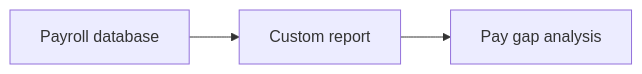
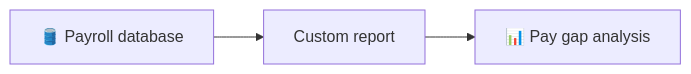
Before and after one commit to pasunboneleve/gcp-rust-blog-public: the third of 5 diagrams in content/posts/2026-03-13-impossible-requests-missing-capabilities.md, drawn with Mermaid. The commit also changed other lines of this file, not shown here.

````diff
--- a/content/posts/2026-03-13-impossible-requests-missing-capabilities.md
+++ b/content/posts/2026-03-13-impossible-requests-missing-capabilities.md
@@ -64,8 +64,8 @@
 ```mermaid
 flowchart LR
-    payroll[Payroll database]
+    payroll[🛢️ Payroll database]
     report[Custom report]
-    gap[Pay gap analysis]
+    gap[📊 Pay gap analysis]
 
     payroll --> report --> gap
 ```
````
